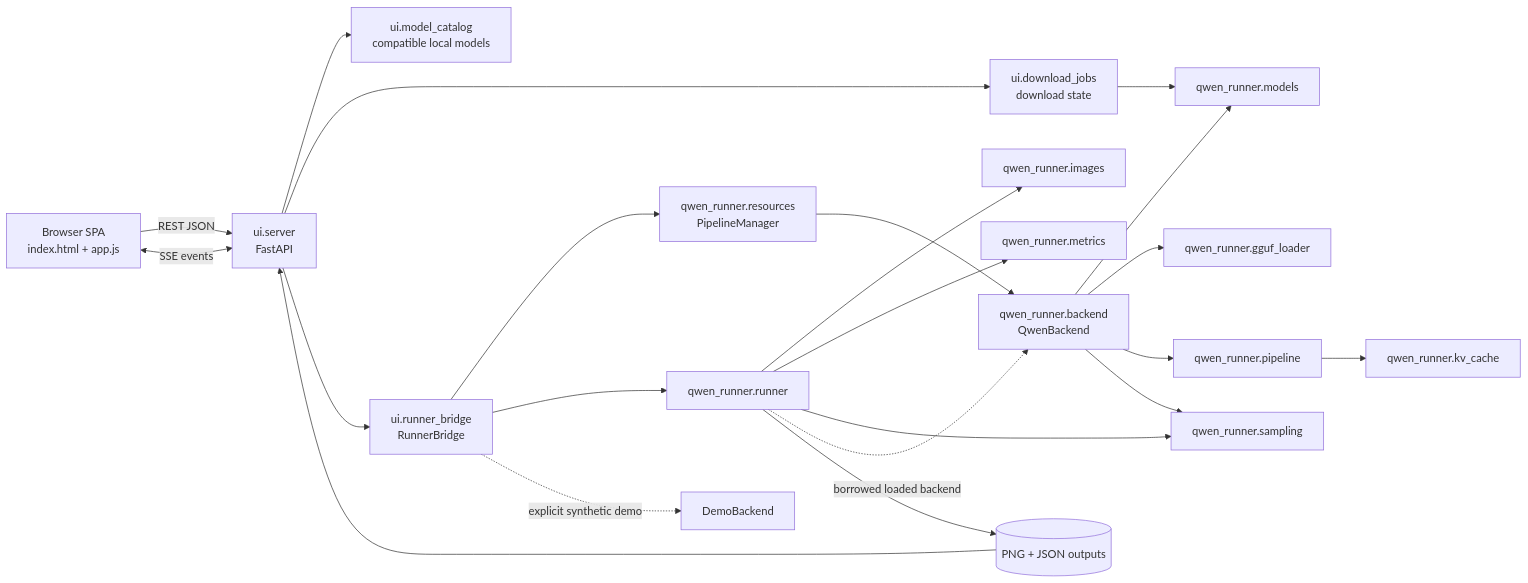
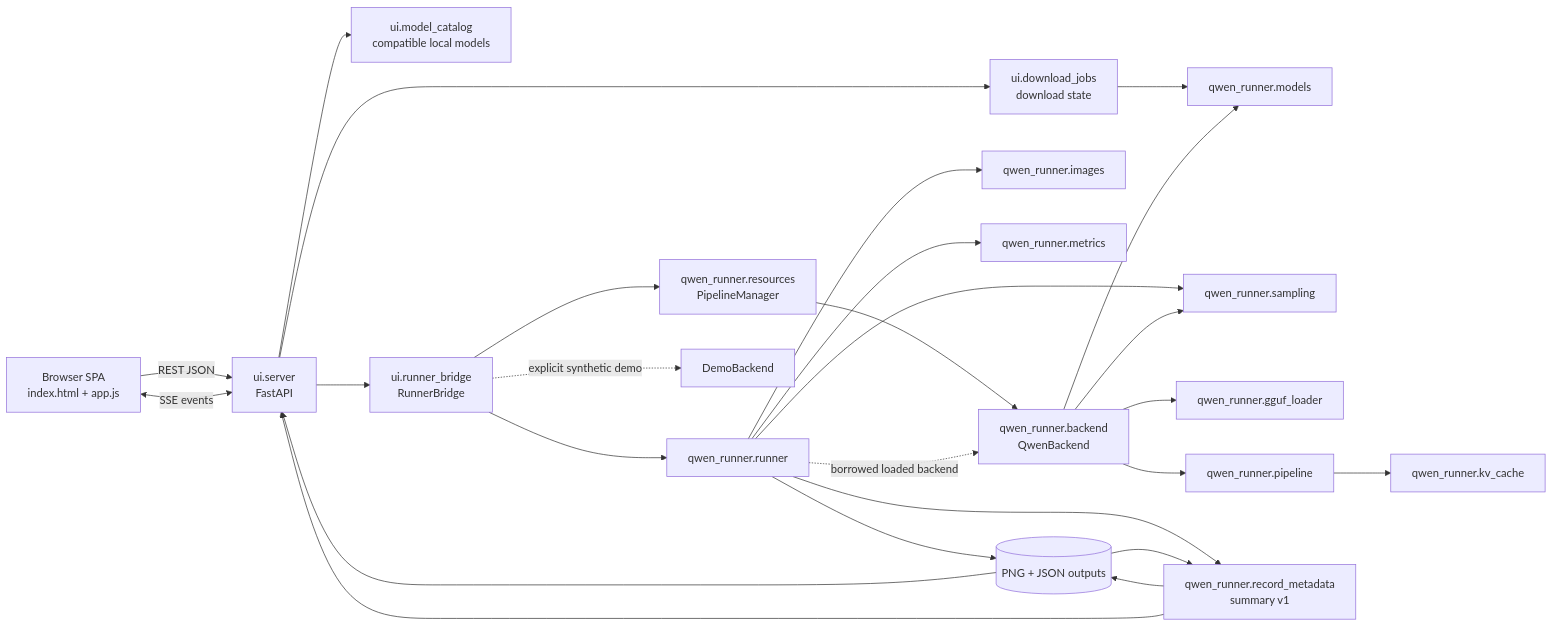
Before and after one commit to Farzine/qwen_workflow_runner: the first of 2 diagrams in CONTEXT.md, drawn with Mermaid. The commit also changed other lines of this file and 16 other files, not shown here.

````diff
--- a/CONTEXT.md
+++ b/CONTEXT.md
@@ -59,24 +60,28 @@
 ```mermaid
 flowchart LR
     Browser[Browser SPA<br/>index.html + app.js] -->|REST JSON| Server[ui.server<br/>FastAPI]
     Browser <-->|SSE events| Server
     Server --> Catalog[ui.model_catalog<br/>compatible local models]
     Server --> Downloads[ui.download_jobs<br/>download state]
     Downloads --> Models
     Server --> Bridge[ui.runner_bridge<br/>RunnerBridge]
     Bridge --> Manager[qwen_runner.resources<br/>PipelineManager]
     Bridge --> Runner[qwen_runner.runner]
     Runner --> Images[qwen_runner.images]
     Runner --> Metrics[qwen_runner.metrics]
     Runner --> Sampling[qwen_runner.sampling]
     Manager --> Backend[qwen_runner.backend<br/>QwenBackend]
     Runner -. borrowed loaded backend .-> Backend
     Bridge -. explicit synthetic demo .-> Demo[DemoBackend]
     Backend --> Models[qwen_runner.models]
     Backend --> GGUF[qwen_runner.gguf_loader]
     Backend --> Pipeline[qwen_runner.pipeline]
     Backend --> Sampling
     Pipeline --> Cache[qwen_runner.kv_cache]
     Runner --> Outputs[(PNG + JSON outputs)]
+    Runner --> Summary[qwen_runner.record_metadata<br/>summary v1]
+    Summary --> Outputs
+    Outputs --> Summary
+    Summary --> Server
     Outputs --> Server
 ```
````
